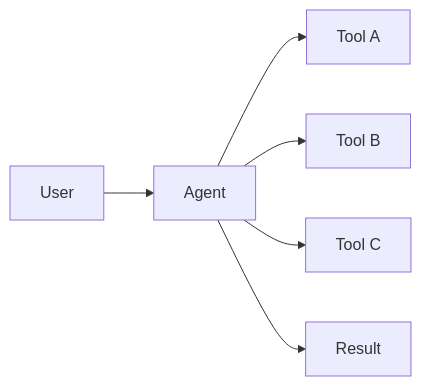
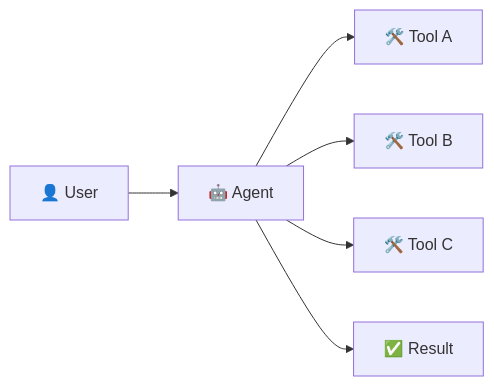
Diagram 21 of 31 in Agentic Ai Learning/08 Open-ai-agent-sdk/00 Introduction/Readme.md (maliksiddiq/learning-agentic-ai), drawn with Mermaid before and after one commit. The commit also changed other lines of this file, not shown here.

Commit message:
Introduction OF open-ai-agent-sdk

````diff
--- a/Agentic Ai Learning/08 Open-ai-agent-sdk/00 Introduction/Readme.md
+++ b/Agentic Ai Learning/08 Open-ai-agent-sdk/00 Introduction/Readme.md
@@ -374,8 +477,8 @@
 ```mermaid
 flowchart LR
-    U[User] --> A[Agent]
-    A --> T1[Tool A]
-    A --> T2[Tool B]
-    A --> T3[Tool C]
-    A --> R[Result]
+    U["👤 User"] --> A["🤖 Agent"]
+    A --> T1["🛠️ Tool A"]
+    A --> T2["🛠️ Tool B"]
+    A --> T3["🛠️ Tool C"]
+    A --> R["✅ Result"]
 ```
````
